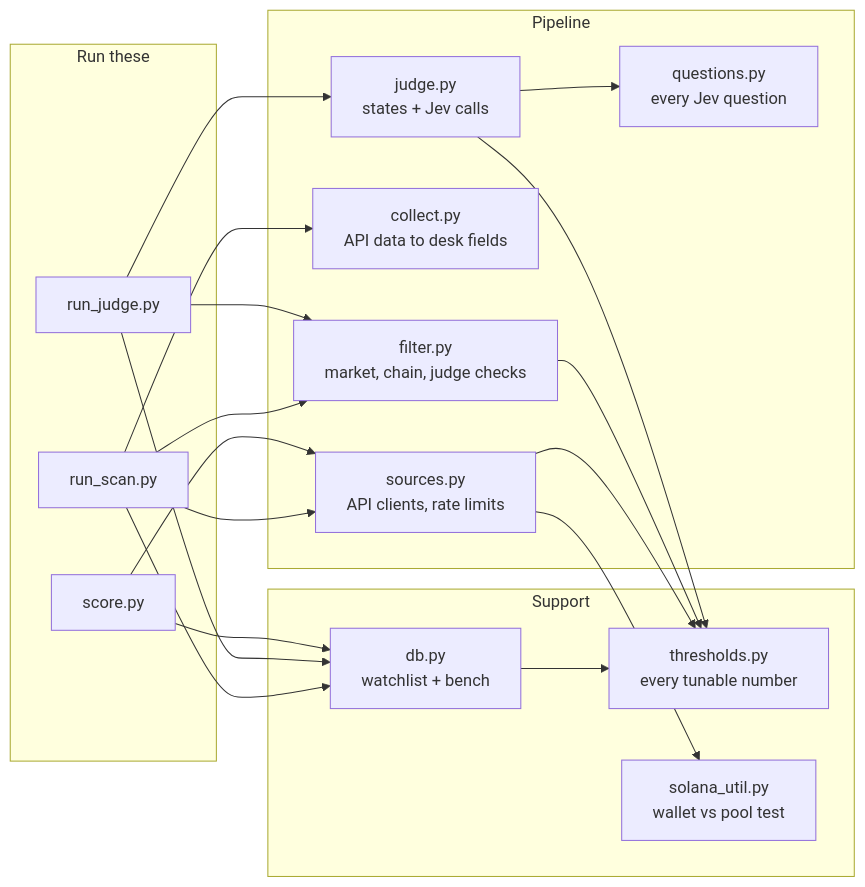
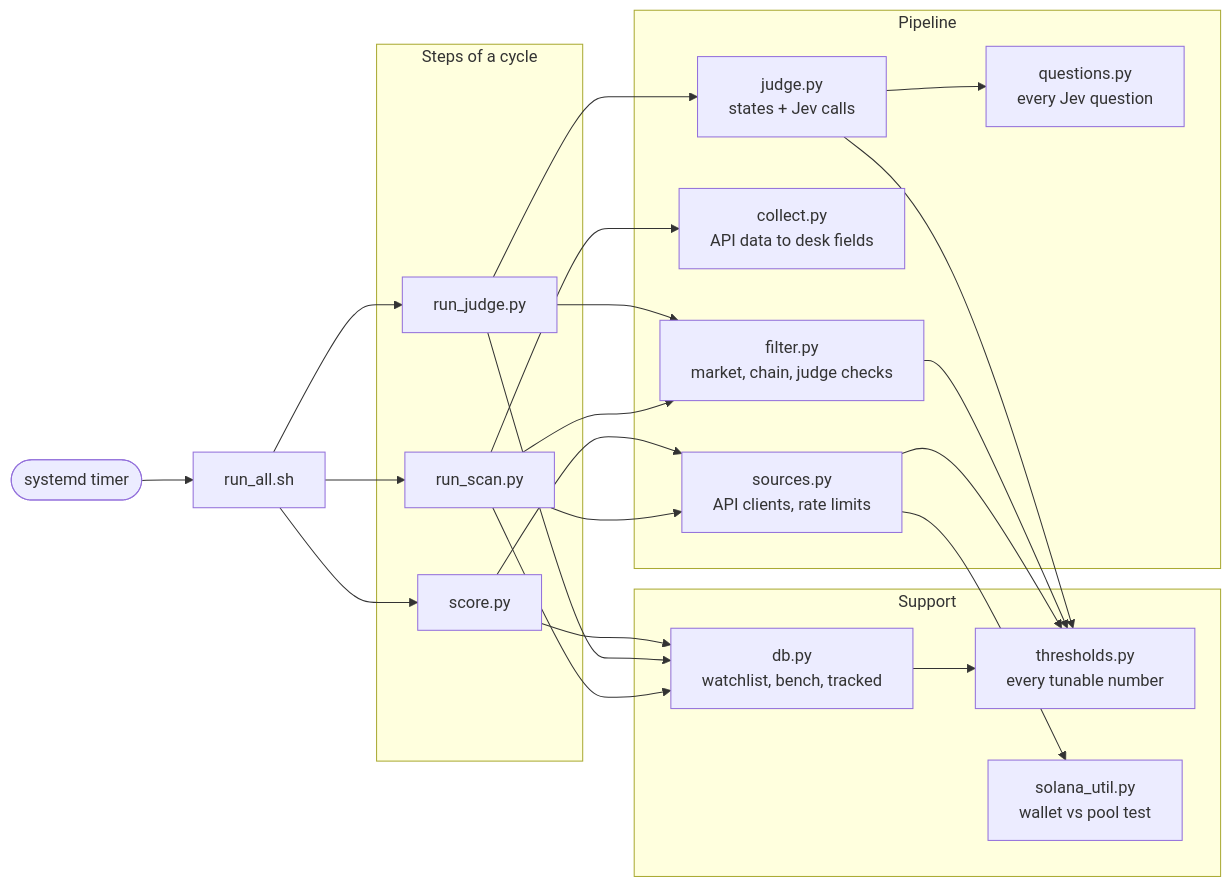
Before and after one commit to NickHammer/jev-desk: the eighth of 8 diagrams in ARCHITECTURE.md, drawn with Mermaid. The commit also changed other lines of this file and 10 other files, not shown here.

First line of the commit message:
Phase 5: run every 15 minutes; bench Jev rejections; tight checkpoint windows

````diff
--- a/ARCHITECTURE.md
+++ b/ARCHITECTURE.md
@@ -166,26 +200,28 @@
 ```mermaid
 flowchart LR
-    subgraph entry["Run these"]
+    subgraph entry["Steps of a cycle"]
         rs["run_scan.py"]
         rj["run_judge.py"]
         sc["score.py"]
     end
     subgraph core["Pipeline"]
         src["sources.py<br/>API clients, rate limits"]
         col["collect.py<br/>API data to desk fields"]
         fil["filter.py<br/>market, chain, judge checks"]
         jd["judge.py<br/>states + Jev calls"]
         qs["questions.py<br/>every Jev question"]
     end
     subgraph support["Support"]
         th["thresholds.py<br/>every tunable number"]
-        db["db.py<br/>watchlist + bench"]
+        db["db.py<br/>watchlist, bench, tracked"]
         su["solana_util.py<br/>wallet vs pool test"]
     end
+    tm(["systemd timer"]) --> ra["run_all.sh"]
+    ra --> rs & rj & sc
     rs --> src & col & fil & db
     rj --> jd & fil & db
     sc --> src & db
     jd --> qs
     src --> su
     src & fil & db & jd --> th
 ```
````
